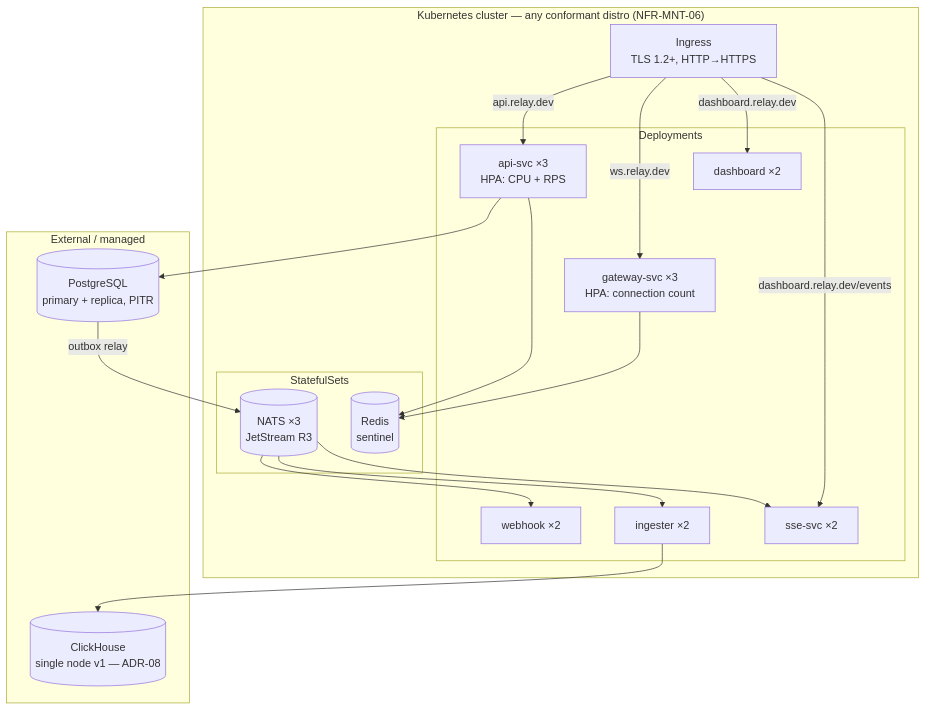
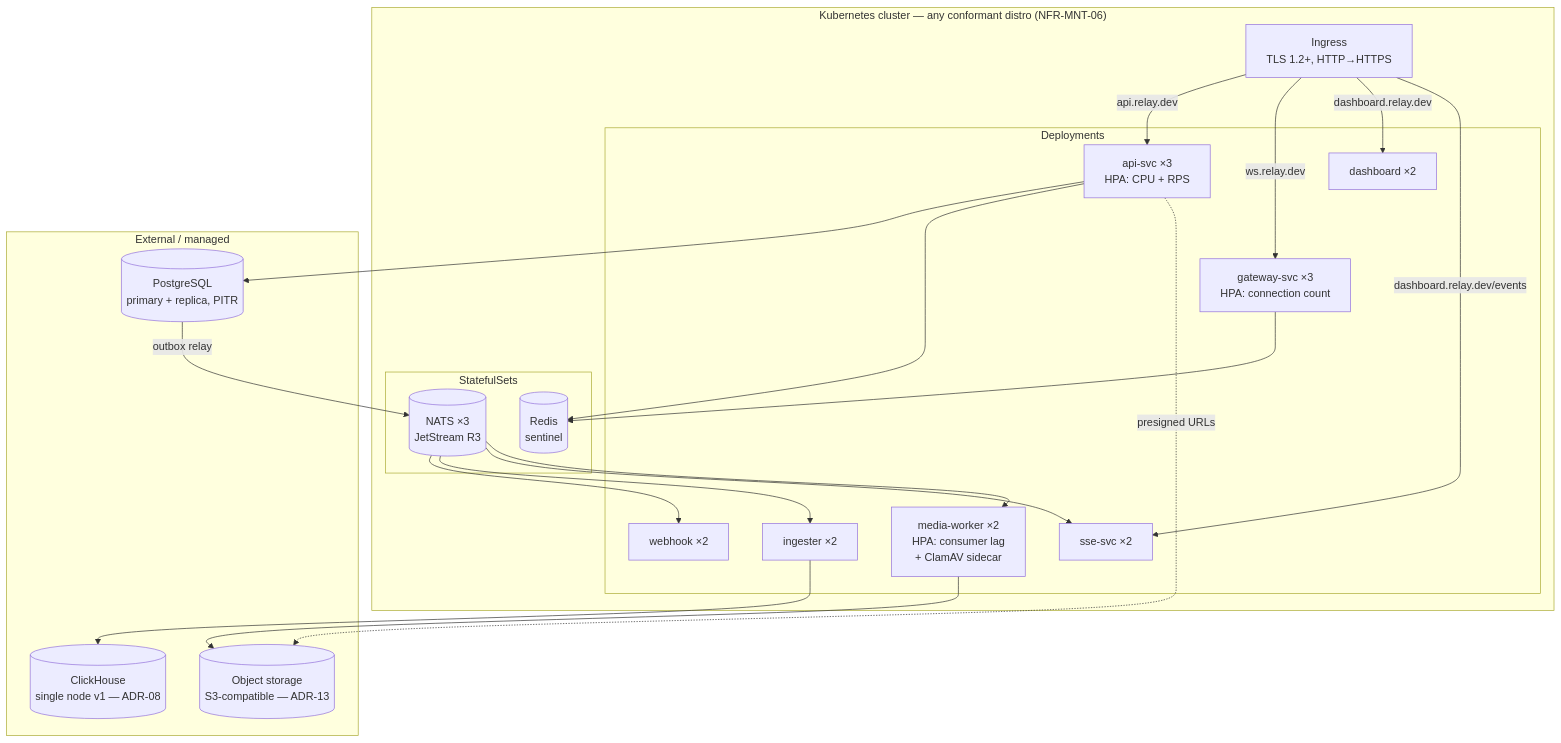
Before and after one commit to anhba817/relay: the sixth of 6 diagrams in docs/05-sad.md, drawn with Mermaid. The commit also changed other lines of this file and 4 other files, not shown here.

````diff
--- a/docs/05-sad.md
+++ b/docs/05-sad.md
@@ -489,38 +523,43 @@
 ```mermaid
 flowchart TB
     subgraph k8s ["Kubernetes cluster — any conformant distro (NFR-MNT-06)"]
         ing["Ingress<br/>TLS 1.2+, HTTP→HTTPS"]
 
         subgraph deployments [Deployments]
             apis["api-svc ×3<br/>HPA: CPU + RPS"]
             gws["gateway-svc ×3<br/>HPA: connection count"]
             whds["webhook ×2"]
             ings["ingester ×2"]
+            mws["media-worker ×2<br/>HPA: consumer lag<br/>+ ClamAV sidecar"]
             sses["sse-svc ×2"]
             dashs["dashboard ×2"]
         end
 
         subgraph stateful [StatefulSets]
             natss[("NATS ×3<br/>JetStream R3")]
             rediss[("Redis<br/>sentinel")]
         end
     end
 
     subgraph managed [External / managed]
         pgm[("PostgreSQL<br/>primary + replica, PITR")]
         chm[("ClickHouse<br/>single node v1 — ADR-08")]
+        objm[("Object storage<br/>S3-compatible — ADR-13")]
     end
 
     ing -- "api.relay.dev" --> apis
     ing -- "ws.relay.dev" --> gws
     ing -- "dashboard.relay.dev" --> dashs
     ing -- "dashboard.relay.dev/events" --> sses
     apis --> pgm
     apis --> rediss
+    apis -. "presigned URLs" .-> objm
     gws --> rediss
     pgm -- outbox relay --> natss
     natss --> whds
     natss --> ings
     natss --> sses
+    natss --> mws
+    mws --> objm
     ings --> chm
 ```
````
